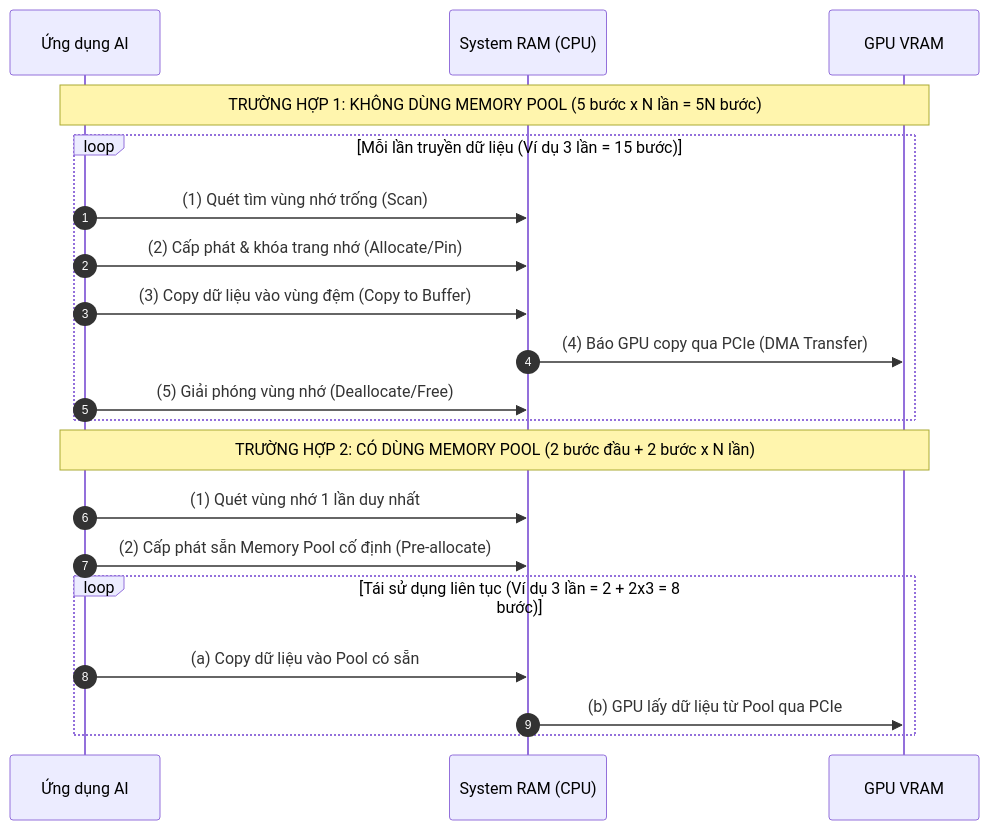
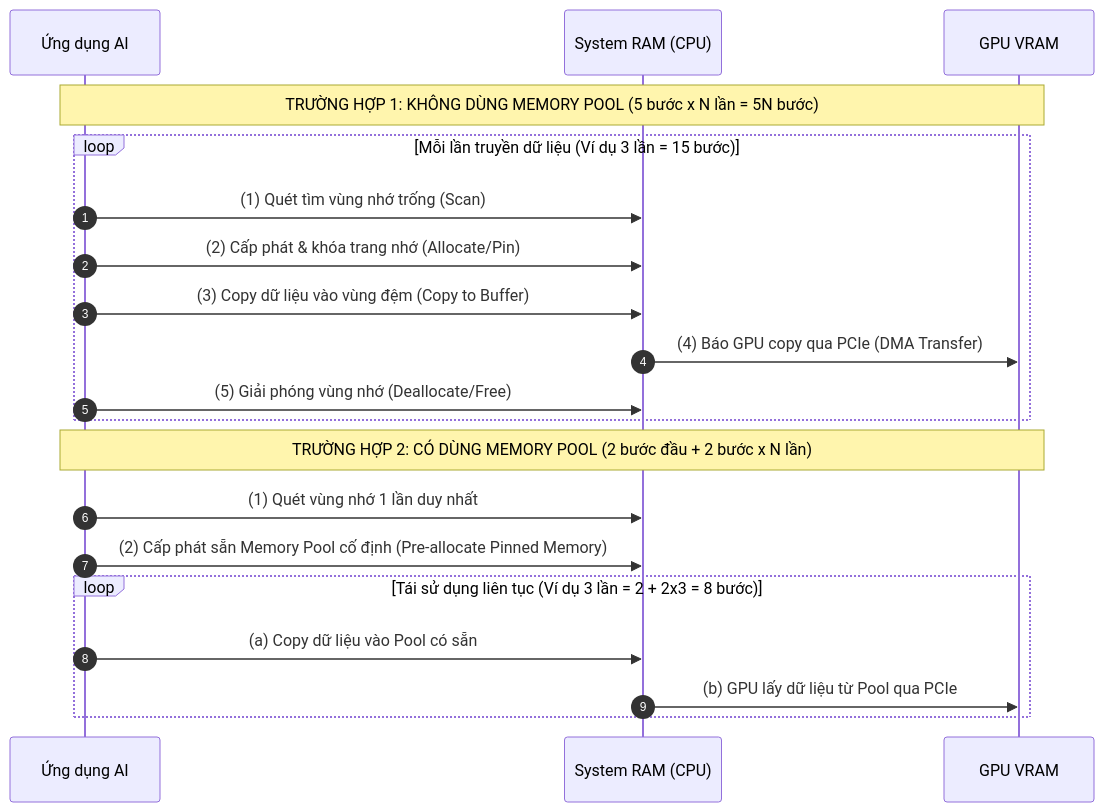
One commit to nxthanh2904/nca-genl changed the fifth of 8 diagrams in Module_01_AI_Infrastructure.md. Above: the diagram before and after it, drawn with Mermaid. The commit also changed other lines of this file and 11 other files, not shown here.

````diff
--- a/Module_01_AI_Infrastructure.md
+++ b/Module_01_AI_Infrastructure.md
@@ -145,24 +187,24 @@
 ```mermaid
 sequenceDiagram
     autonumber
     participant App as Ứng dụng AI
     participant RAM as System RAM (CPU)
     participant VRAM as GPU VRAM
 
     Note over App,VRAM: TRƯỜNG HỢP 1: KHÔNG DÙNG MEMORY POOL (5 bước x N lần = 5N bước)
     loop Mỗi lần truyền dữ liệu (Ví dụ 3 lần = 15 bước)
         App->>RAM: (1) Quét tìm vùng nhớ trống (Scan)
         App->>RAM: (2) Cấp phát & khóa trang nhớ (Allocate/Pin)
         App->>RAM: (3) Copy dữ liệu vào vùng đệm (Copy to Buffer)
         RAM->>VRAM: (4) Báo GPU copy qua PCIe (DMA Transfer)
         App->>RAM: (5) Giải phóng vùng nhớ (Deallocate/Free)
     end
 
     Note over App,VRAM: TRƯỜNG HỢP 2: CÓ DÙNG MEMORY POOL (2 bước đầu + 2 bước x N lần)
     App->>RAM: (1) Quét vùng nhớ 1 lần duy nhất
-    App->>RAM: (2) Cấp phát sẵn Memory Pool cố định (Pre-allocate)
+    App->>RAM: (2) Cấp phát sẵn Memory Pool cố định (Pre-allocate Pinned Memory)
     loop Tái sử dụng liên tục (Ví dụ 3 lần = 2 + 2x3 = 8 bước)
         App->>RAM: (a) Copy dữ liệu vào Pool có sẵn
         RAM->>VRAM: (b) GPU lấy dữ liệu từ Pool qua PCIe
     end
 ```
````
